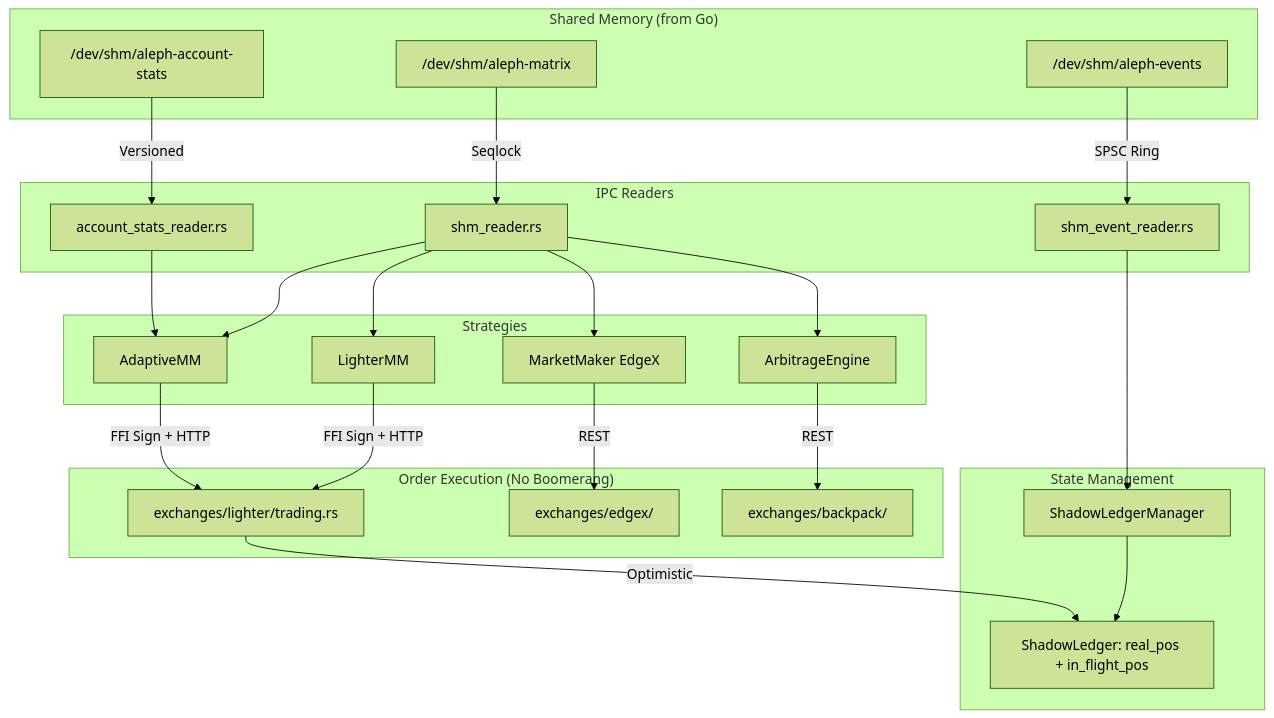
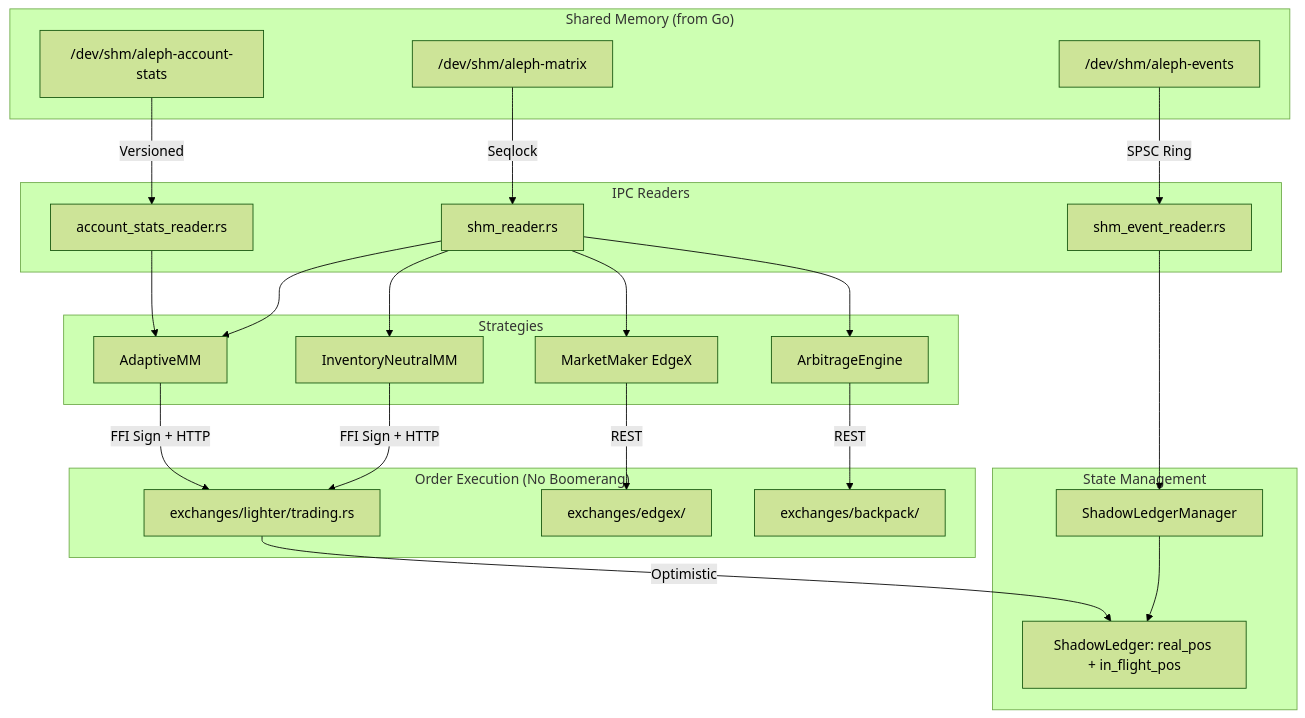
One commit to AlephTX/aleph-tx changed the diagram in src/CLAUDE.md. Above: the diagram before and after it, drawn with Mermaid (forest theme). The commit also changed other lines of this file and 9 other files, not shown here.

First line of the commit message:
docs: Refactor CLAUDE.md system and improve README architecture diagram

````diff
--- a/src/CLAUDE.md
+++ b/src/CLAUDE.md
@@ -36,34 +36,34 @@
 ```mermaid
 graph TD
     subgraph "Shared Memory (from Go)"
         MTX["/dev/shm/aleph-matrix"]
         EVT["/dev/shm/aleph-events"]
         ACC["/dev/shm/aleph-account-stats"]
     end
 
     subgraph "IPC Readers"
         MTX -->|Seqlock| SR[shm_reader.rs]
         EVT -->|SPSC Ring| ER[shm_event_reader.rs]
         ACC -->|Versioned| AR[account_stats_reader.rs]
     end
 
     subgraph "State Management"
         ER --> SLM[ShadowLedgerManager]
         SLM --> SL[ShadowLedger: real_pos + in_flight_pos]
     end
 
     subgraph "Strategies"
         SR --> ARB[ArbitrageEngine]
         SR --> MM[MarketMaker EdgeX]
-        SR --> LMM[LighterMM]
+        SR --> LMM[InventoryNeutralMM]
         SR --> AMM[AdaptiveMM]
         AR --> AMM
     end
 
     subgraph "Order Execution (No Boomerang)"
         LMM & AMM -->|FFI Sign + HTTP| LT[exchanges/lighter/trading.rs]
         MM -->|REST| EX[exchanges/edgex/]
         ARB -->|REST| BP[exchanges/backpack/]
         LT -->|Optimistic| SL
     end
 ```
````
